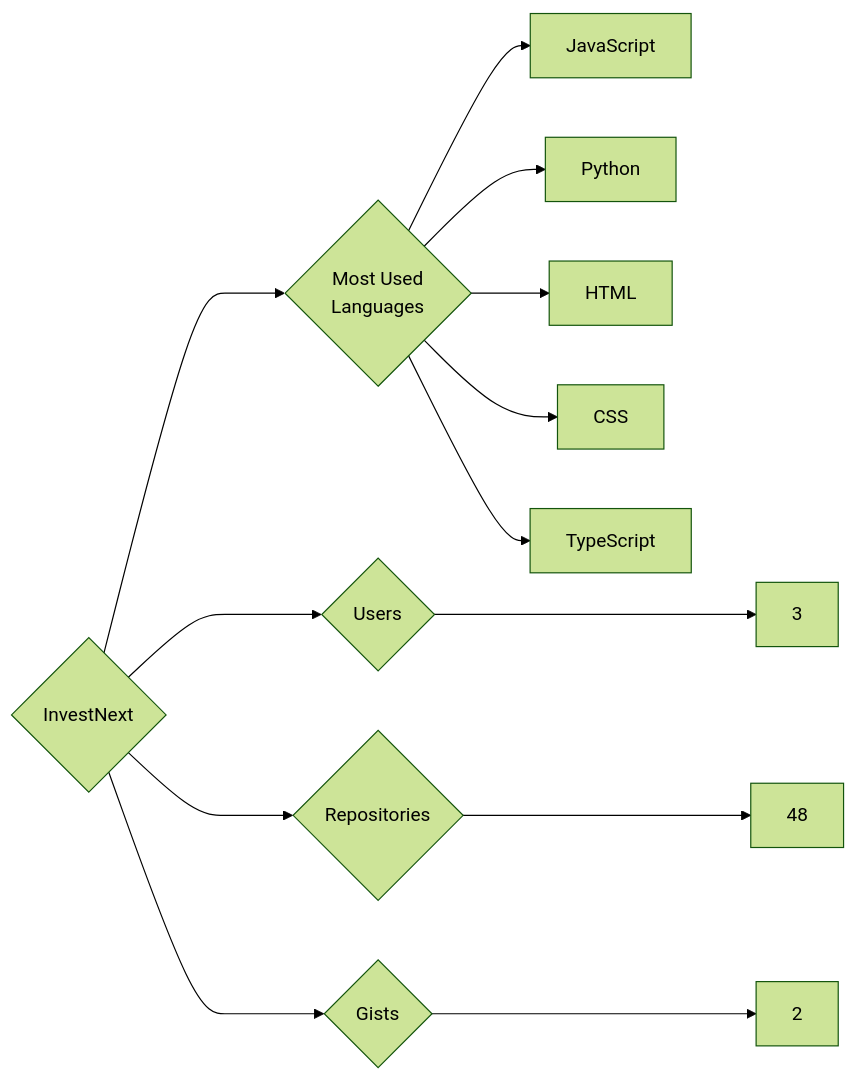
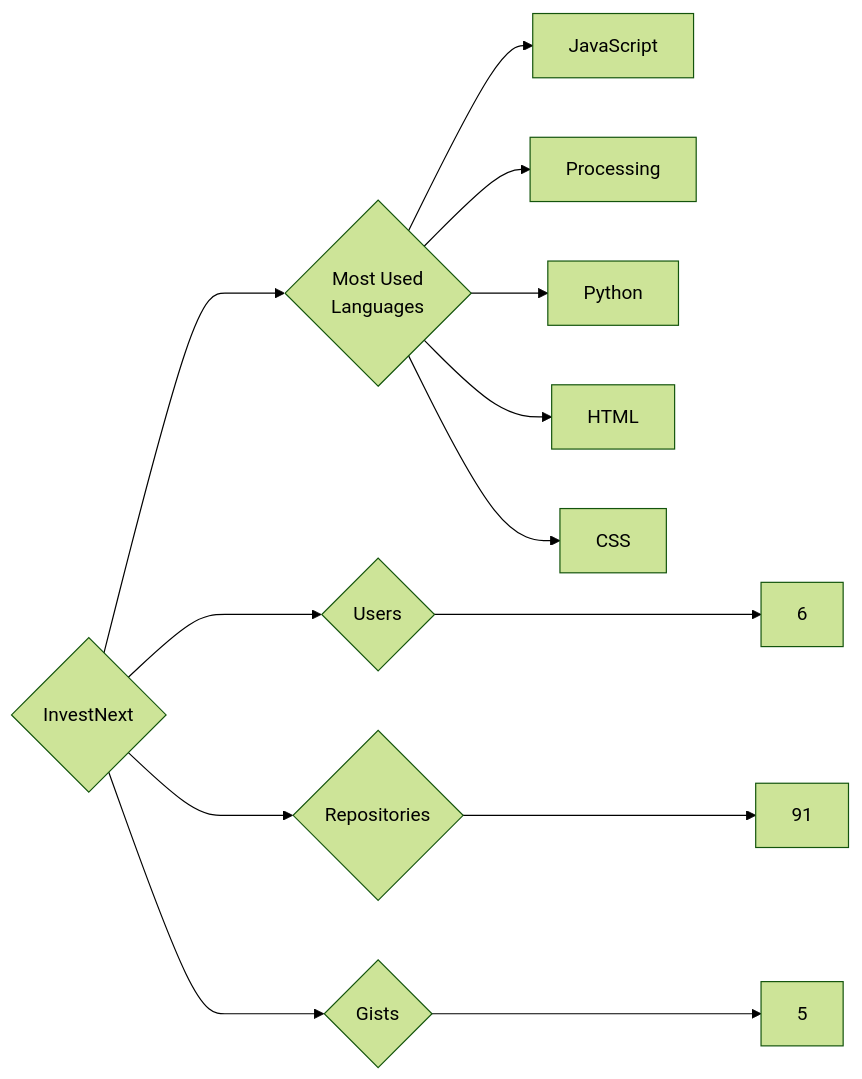
Before and after one commit to trickest/insiders: the diagram in targets/InvestNext/README.md, drawn with Mermaid (forest theme). The commit also changed 1023 other files, not shown here.

````diff
--- a/targets/InvestNext/README.md
+++ b/targets/InvestNext/README.md
@@ -3,13 +3,13 @@
 ```mermaid
 graph LR
 COMPANY_NAME{InvestNext}
-COMPANY_NAME ---> U{Users} ---> UN[3]
-COMPANY_NAME ---> R{Repositories} ---> RN[48]
-COMPANY_NAME ---> G{Gists} ---> GN[2]
+COMPANY_NAME ---> U{Users} ---> UN[6]
+COMPANY_NAME ---> R{Repositories} ---> RN[91]
+COMPANY_NAME ---> G{Gists} ---> GN[5]
 COMPANY_NAME ---> ML{Most Used<br>Languages}
 ML --> JavaScript[JavaScript]
+ML --> Processing[Processing]
 ML --> Python[Python]
 ML --> HTML[HTML]
 ML --> CSS[CSS]
-ML --> TypeScript[TypeScript]
 ```
````
